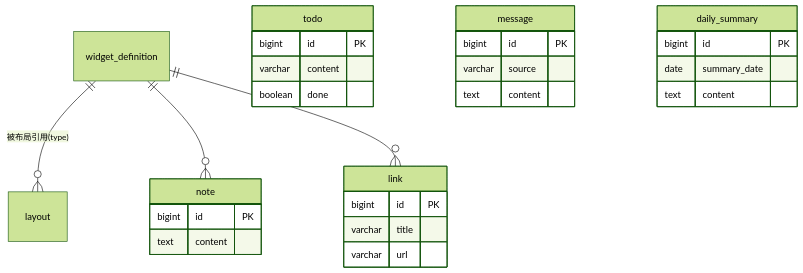
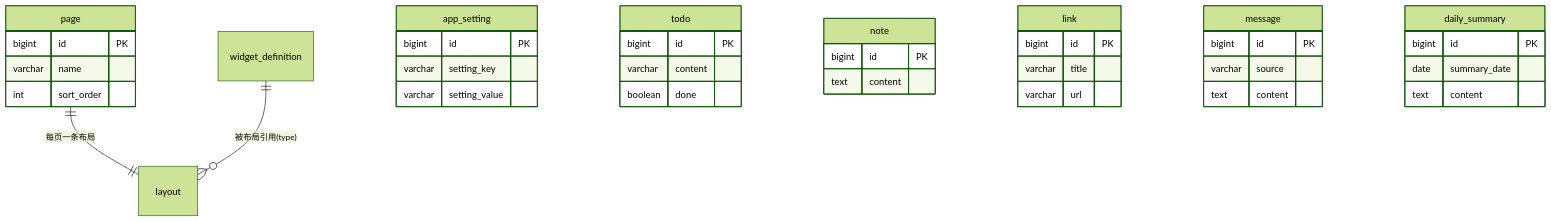
One commit to 114514dust/nexus-os changed the diagram in docs/03-数据设计.md. Above: the diagram before and after it, drawn with Mermaid (forest theme). The commit also changed other lines of this file and 33 other files, not shown here.

````diff
--- a/docs/03-数据设计.md
+++ b/docs/03-数据设计.md
@@ -134,30 +159,39 @@
 ```mermaid
 erDiagram
+    page ||--|| layout : "每页一条布局"
     widget_definition ||--o{ layout : "被布局引用(type)"
-    widget_definition ||--o{ note : ""
-    widget_definition ||--o{ link : ""
+    page {
+        bigint id PK
+        varchar name
+        int sort_order
+    }
+    app_setting {
+        bigint id PK
+        varchar setting_key
+        varchar setting_value
+    }
     todo {
         bigint id PK
         varchar content
         boolean done
     }
     note {
         bigint id PK
         text content
     }
     link {
         bigint id PK
         varchar title
         varchar url
     }
     message {
         bigint id PK
         varchar source
         text content
     }
     daily_summary {
         bigint id PK
         date summary_date
         text content
     }
 ```
````
